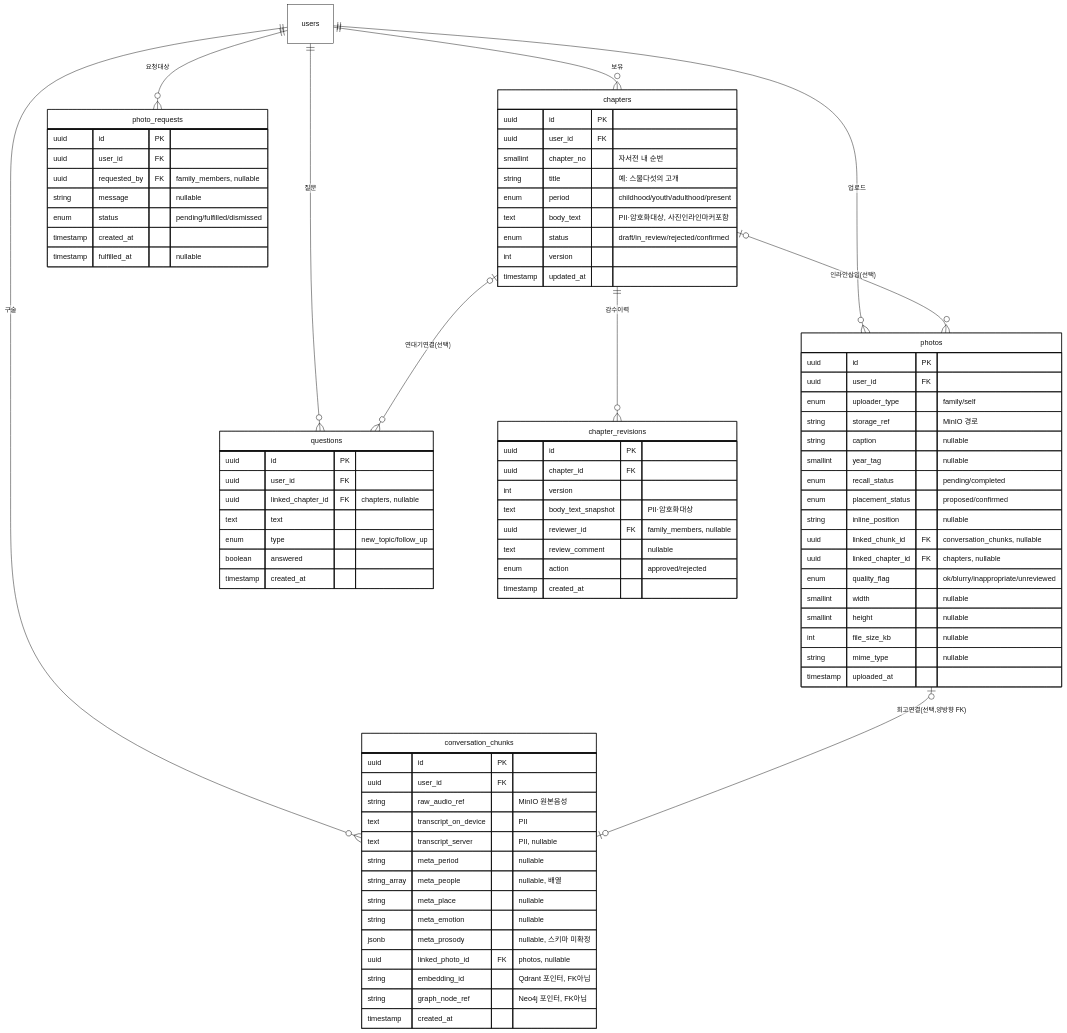
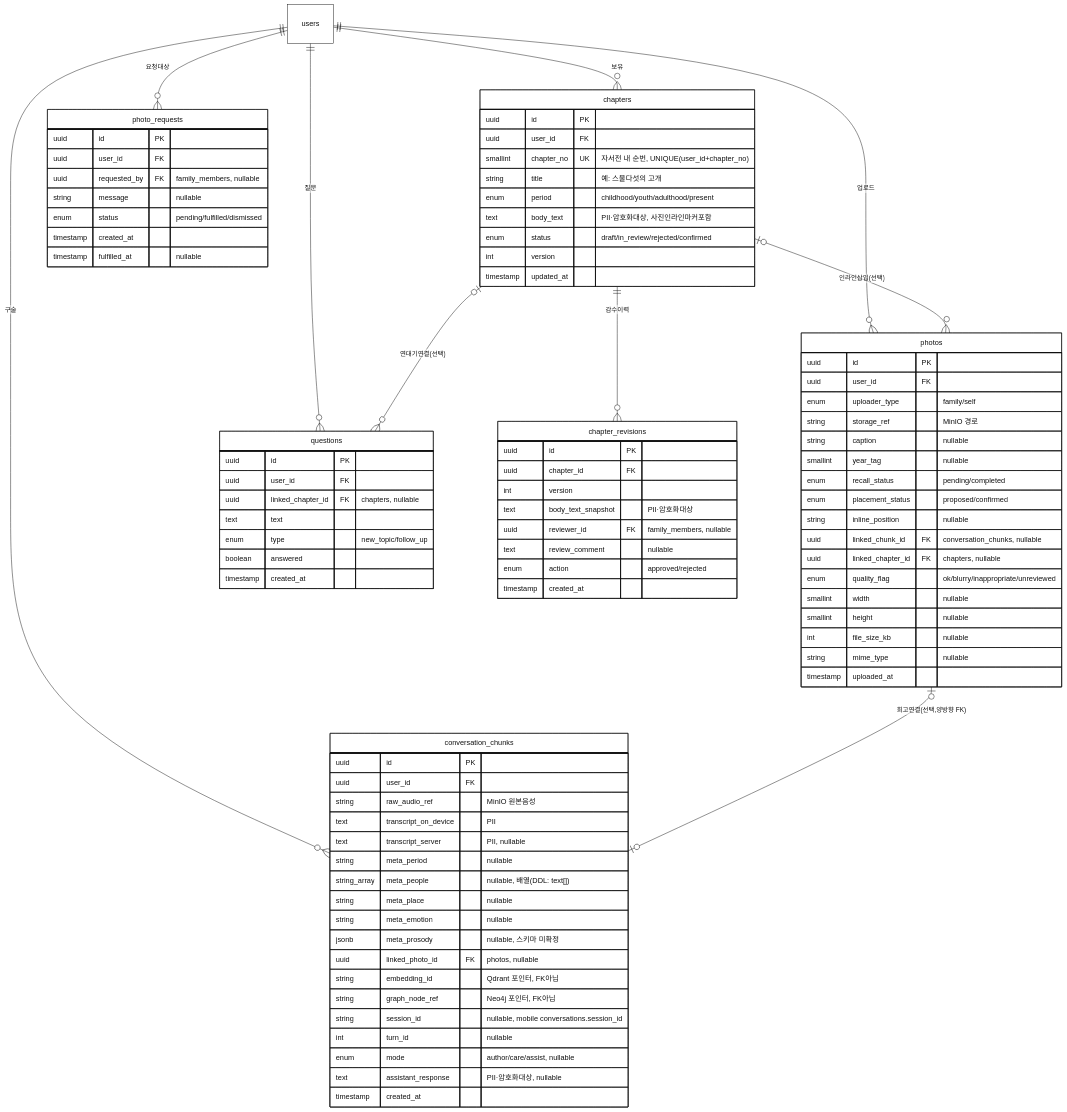
Before and after one commit to boheni07/SilverYarn: the third of 6 diagrams in docs/01-plan/erd.md, drawn with Mermaid. The commit also changed other lines of this file and 19 other files, not shown here.

```diff
--- a/docs/01-plan/erd.md
+++ b/docs/01-plan/erd.md
@@ -163,7 +166,7 @@
     chapters {
         uuid id PK
         uuid user_id FK
-        smallint chapter_no "자서전 내 순번"
+        smallint chapter_no UK "자서전 내 순번, UNIQUE(user_id+chapter_no)"
         string title "예: 스물다섯의 고개"
         enum period "childhood/youth/adulthood/present"
         text body_text "PII·암호화대상, 사진인라인마커포함"
@@ -216,13 +219,17 @@
         text transcript_on_device "PII"
         text transcript_server "PII, nullable"
         string meta_period "nullable"
-        string_array meta_people "nullable, 배열"
+        string_array meta_people "nullable, 배열(DDL: text[])"
         string meta_place "nullable"
         string meta_emotion "nullable"
         jsonb meta_prosody "nullable, 스키마 미확정"
         uuid linked_photo_id FK "photos, nullable"
         string embedding_id "Qdrant 포인터, FK아님"
         string graph_node_ref "Neo4j 포인터, FK아님"
+        string session_id "nullable, mobile conversations.session_id"
+        int turn_id "nullable"
+        enum mode "author/care/assist, nullable"
+        text assistant_response "PII·암호화대상, nullable"
         timestamp created_at
     }
     questions {
```
